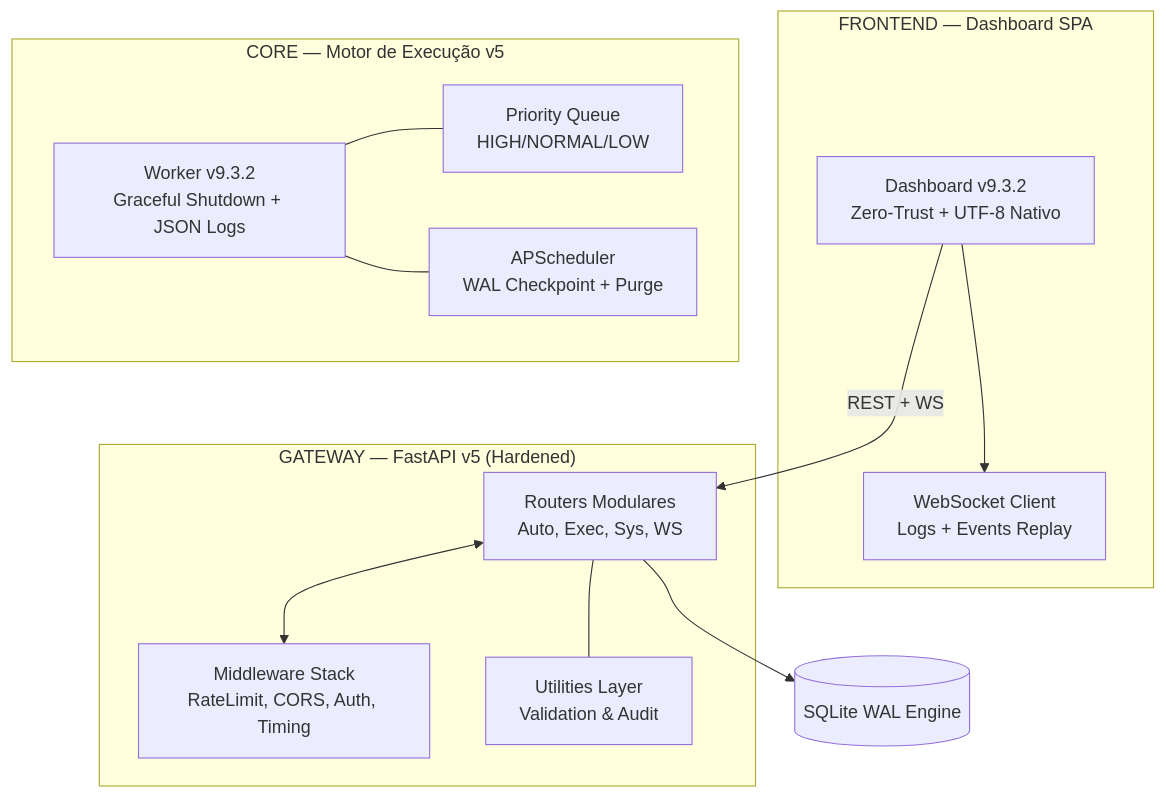
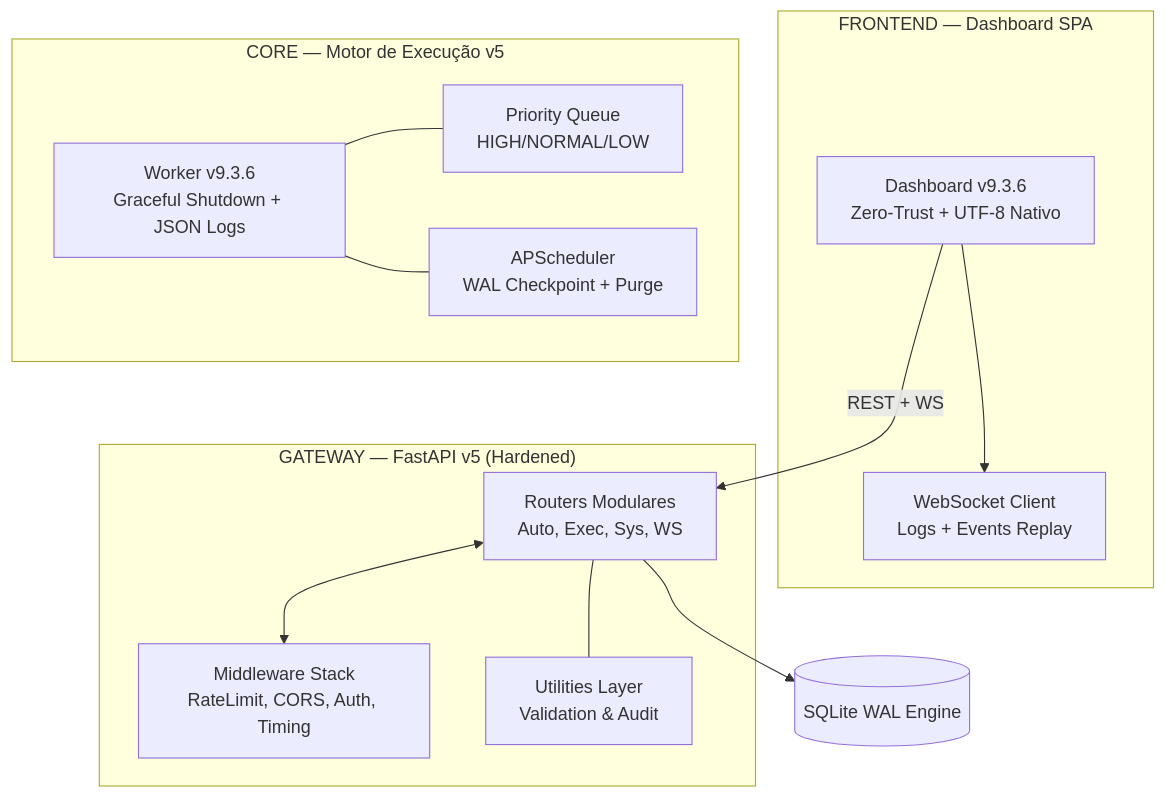
Before and after one commit to GabrielDiasNN/Automacoes-CR: the diagram in README.md, drawn with Mermaid. The commit also changed other lines of this file and 23 other files, not shown here.

````diff
--- a/README.md
+++ b/README.md
@@ -7,27 +7,27 @@
 ```mermaid
 graph TD
     subgraph "FRONTEND — Dashboard SPA"
-        UI["Dashboard v9.3.2<br/>Zero-Trust + UTF-8 Nativo"]
+        UI["Dashboard v9.3.6<br/>Zero-Trust + UTF-8 Nativo"]
         WS_CLIENT["WebSocket Client<br/>Logs + Events Replay"]
         UI --> WS_CLIENT
     end
 
     subgraph "GATEWAY — FastAPI v5 (Hardened)"
         ROUTERS["Routers Modulares<br/>Auto, Exec, Sys, WS"]
         MIDDLEWARE["Middleware Stack<br/>RateLimit, CORS, Auth, Timing"]
         UTILS["Utilities Layer<br/>Validation & Audit"]
         ROUTERS <--> MIDDLEWARE
         ROUTERS --- UTILS
     end
 
     subgraph "CORE — Motor de Execução v5"
-        WORKER["Worker v9.3.2<br/>Graceful Shutdown + JSON Logs"]
+        WORKER["Worker v9.3.6<br/>Graceful Shutdown + JSON Logs"]
         PRIORITY["Priority Queue<br/>HIGH/NORMAL/LOW"]
         SCHEDULER["APScheduler<br/>WAL Checkpoint + Purge"]
         WORKER --- PRIORITY
         WORKER --- SCHEDULER
     end
 
     UI -->|REST + WS| ROUTERS
     ROUTERS --> DB[(SQLite WAL Engine)]
 ```
````
